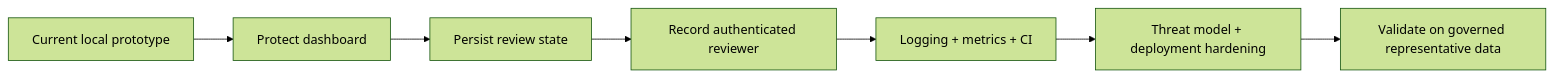
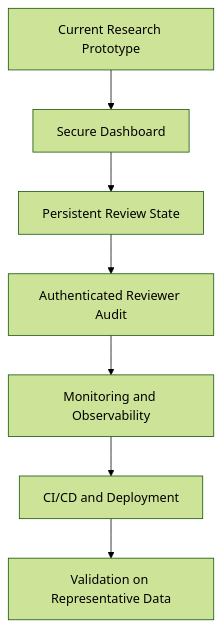
Diagram 12 of 12 in README.md (Mohsen-hub01/identityshield-ai), drawn with Mermaid (forest theme) before and after one commit. The commit also changed other lines of this file and 8 other files, not shown here.

Commit message:
docs: update project documentation and architecture diagrams

````diff
--- a/README.md
+++ b/README.md
@@ -225,9 +638,10 @@
 ```mermaid
-flowchart LR
-    A[Current local prototype] --> B[Protect dashboard]
-    B --> C[Persist review state]
-    C --> D[Record authenticated reviewer]
-    D --> E[Logging + metrics + CI]
-    E --> F[Threat model + deployment hardening]
-    F --> G[Validate on governed representative data]
+flowchart TD
+    A["Current Research Prototype"]
+    A --> B["Secure Dashboard"]
+    B --> C["Persistent Review State"]
+    C --> D["Authenticated Reviewer Audit"]
+    D --> E["Monitoring and Observability"]
+    E --> F["CI/CD and Deployment"]
+    F --> G["Validation on Representative Data"]
 ```
````
